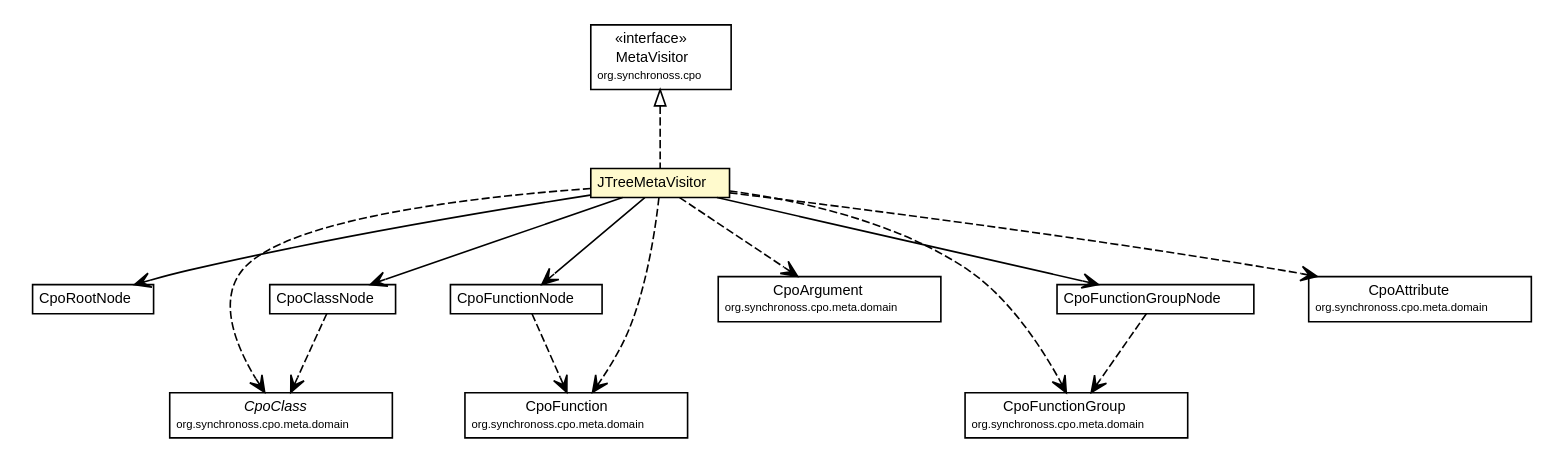
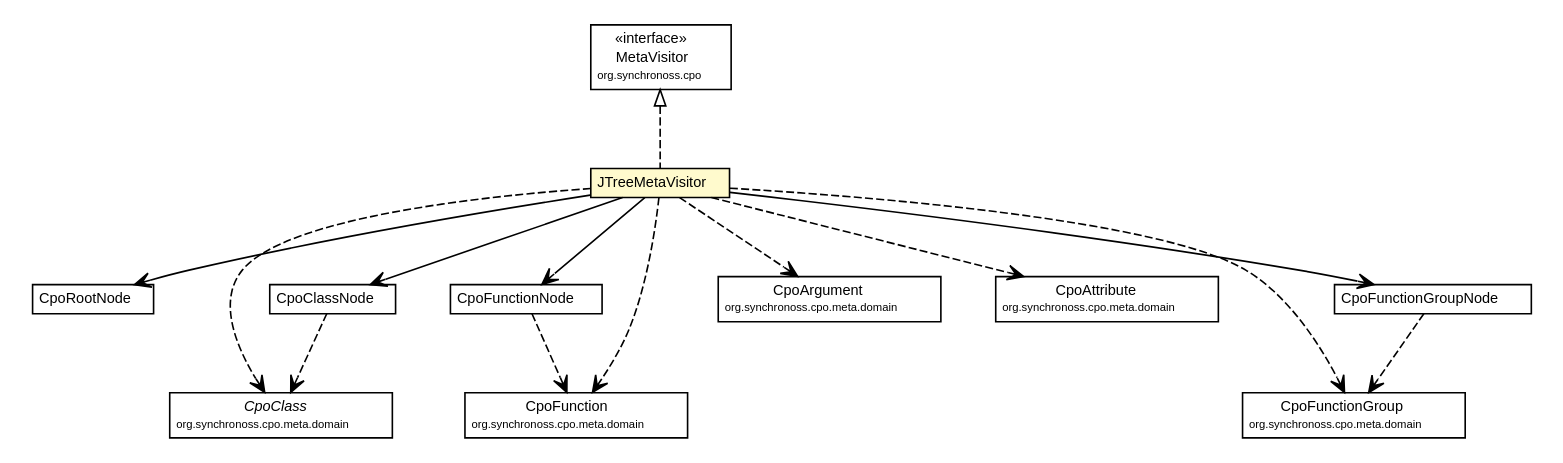
Before and after one commit to synchronoss/cpo-util: the diagram in site/apidocs/org/synchronoss/cpo/util/JTreeMetaVisitor.dot, drawn with Graphviz. The commit also changed 301 other files, not shown here.

Commit message:
Creating site for cpoUtil, 5.1.1-SNAPSHOT

```diff
--- a/site/apidocs/org/synchronoss/cpo/util/JTreeMetaVisitor.dot
+++ b/site/apidocs/org/synchronoss/cpo/util/JTreeMetaVisitor.dot
@@ -1,109 +1,109 @@
 #!/usr/local/bin/dot
 #
 # Class diagram 
 # Generated by UmlGraph version 4.6 (http://www.spinellis.gr/sw/umlgraph)
 #
 
 digraph G {
 	edge [fontname="Helvetica",fontsize=10,labelfontname="Helvetica",labelfontsize=10];
 	node [fontname="Helvetica",fontsize=10,shape=plaintext];
 	// org.synchronoss.cpo.util.JTreeMetaVisitor
 	c1707 [label=<<table border="0" cellborder="1" cellspacing="0" cellpadding="2" port="p" bgcolor="lemonChiffon" href="./JTreeMetaVisitor.html">
 		<tr><td><table border="0" cellspacing="0" cellpadding="1">
 			<tr><td> JTreeMetaVisitor </td></tr>
 		</table></td></tr>
 		</table>>, fontname="Helvetica", fontcolor="black", fontsize=9.0];
 	// org.synchronoss.cpo.util.CpoRootNode
 	c1715 [label=<<table border="0" cellborder="1" cellspacing="0" cellpadding="2" port="p" href="./CpoRootNode.html">
 		<tr><td><table border="0" cellspacing="0" cellpadding="1">
 			<tr><td> CpoRootNode </td></tr>
 		</table></td></tr>
 		</table>>, fontname="Helvetica", fontcolor="black", fontsize=9.0];
 	// org.synchronoss.cpo.util.CpoFunctionNode
 	c1721 [label=<<table border="0" cellborder="1" cellspacing="0" cellpadding="2" port="p" href="./CpoFunctionNode.html">
 		<tr><td><table border="0" cellspacing="0" cellpadding="1">
 			<tr><td> CpoFunctionNode </td></tr>
 		</table></td></tr>
 		</table>>, fontname="Helvetica", fontcolor="black", fontsize=9.0];
 	// org.synchronoss.cpo.util.CpoClassNode
 	c1723 [label=<<table border="0" cellborder="1" cellspacing="0" cellpadding="2" port="p" href="./CpoClassNode.html">
 		<tr><td><table border="0" cellspacing="0" cellpadding="1">
 			<tr><td> CpoClassNode </td></tr>
 		</table></td></tr>
 		</table>>, fontname="Helvetica", fontcolor="black", fontsize=9.0];
 	// org.synchronoss.cpo.util.CpoFunctionGroupNode
 	c1728 [label=<<table border="0" cellborder="1" cellspacing="0" cellpadding="2" port="p" href="./CpoFunctionGroupNode.html">
 		<tr><td><table border="0" cellspacing="0" cellpadding="1">
 			<tr><td> CpoFunctionGroupNode </td></tr>
 		</table></td></tr>
 		</table>>, fontname="Helvetica", fontcolor="black", fontsize=9.0];
 	//org.synchronoss.cpo.util.JTreeMetaVisitor implements org.synchronoss.cpo.MetaVisitor
 	c1764:p -> c1707:p [dir=back,arrowtail=empty,style=dashed];
 	// org.synchronoss.cpo.util.JTreeMetaVisitor NAVASSOC org.synchronoss.cpo.util.CpoRootNode
 	c1707:p -> c1715:p [taillabel="", label="", headlabel="", fontname="Helvetica", fontcolor="black", fontsize=10.0, color="black", arrowhead=open];
 	// org.synchronoss.cpo.util.JTreeMetaVisitor NAVASSOC org.synchronoss.cpo.util.CpoClassNode
 	c1707:p -> c1723:p [taillabel="", label="", headlabel="", fontname="Helvetica", fontcolor="black", fontsize=10.0, color="black", arrowhead=open];
 	// org.synchronoss.cpo.util.JTreeMetaVisitor NAVASSOC org.synchronoss.cpo.util.CpoFunctionGroupNode
 	c1707:p -> c1728:p [taillabel="", label="", headlabel="", fontname="Helvetica", fontcolor="black", fontsize=10.0, color="black", arrowhead=open];
 	// org.synchronoss.cpo.util.JTreeMetaVisitor NAVASSOC org.synchronoss.cpo.util.CpoFunctionNode
 	c1707:p -> c1721:p [taillabel="", label="", headlabel="", fontname="Helvetica", fontcolor="black", fontsize=10.0, color="black", arrowhead=open];
 	// org.synchronoss.cpo.util.JTreeMetaVisitor DEPEND org.synchronoss.cpo.meta.domain.CpoClass
 	c1707:p -> c1765:p [taillabel="", label="", headlabel="", fontname="Helvetica", fontcolor="black", fontsize=10.0, color="black", arrowhead=open, style=dashed];
 	// org.synchronoss.cpo.util.JTreeMetaVisitor DEPEND org.synchronoss.cpo.meta.domain.CpoArgument
 	c1707:p -> c1766:p [taillabel="", label="", headlabel="", fontname="Helvetica", fontcolor="black", fontsize=10.0, color="black", arrowhead=open, style=dashed];
+	// org.synchronoss.cpo.util.JTreeMetaVisitor DEPEND org.synchronoss.cpo.meta.domain.CpoAttribute
+	c1707:p -> c1767:p [taillabel="", label="", headlabel="", fontname="Helvetica", fontcolor="black", fontsize=10.0, color="black", arrowhead=open, style=dashed];
 	// org.synchronoss.cpo.util.JTreeMetaVisitor DEPEND org.synchronoss.cpo.meta.domain.CpoFunction
-	c1707:p -> c1767:p [taillabel="", label="", headlabel="", fontname="Helvetica", fontcolor="black", fontsize=10.0, color="black", arrowhead=open, style=dashed];
+	c1707:p -> c1768:p [taillabel="", label="", headlabel="", fontname="Helvetica", fontcolor="black", fontsize=10.0, color="black", arrowhead=open, style=dashed];
 	// org.synchronoss.cpo.util.JTreeMetaVisitor DEPEND org.synchronoss.cpo.meta.domain.CpoFunctionGroup
-	c1707:p -> c1769:p [taillabel="", label="", headlabel="", fontname="Helvetica", fontcolor="black", fontsize=10.0, color="black", arrowhead=open, style=dashed];
-	// org.synchronoss.cpo.util.JTreeMetaVisitor DEPEND org.synchronoss.cpo.meta.domain.CpoAttribute
 	c1707:p -> c1770:p [taillabel="", label="", headlabel="", fontname="Helvetica", fontcolor="black", fontsize=10.0, color="black", arrowhead=open, style=dashed];
 	// org.synchronoss.cpo.util.CpoFunctionNode DEPEND org.synchronoss.cpo.meta.domain.CpoFunction
-	c1721:p -> c1767:p [taillabel="", label="", headlabel="", fontname="Helvetica", fontcolor="black", fontsize=10.0, color="black", arrowhead=open, style=dashed];
+	c1721:p -> c1768:p [taillabel="", label="", headlabel="", fontname="Helvetica", fontcolor="black", fontsize=10.0, color="black", arrowhead=open, style=dashed];
 	// org.synchronoss.cpo.util.CpoClassNode DEPEND org.synchronoss.cpo.meta.domain.CpoClass
 	c1723:p -> c1765:p [taillabel="", label="", headlabel="", fontname="Helvetica", fontcolor="black", fontsize=10.0, color="black", arrowhead=open, style=dashed];
 	// org.synchronoss.cpo.util.CpoFunctionGroupNode DEPEND org.synchronoss.cpo.meta.domain.CpoFunctionGroup
-	c1728:p -> c1769:p [taillabel="", label="", headlabel="", fontname="Helvetica", fontcolor="black", fontsize=10.0, color="black", arrowhead=open, style=dashed];
+	c1728:p -> c1770:p [taillabel="", label="", headlabel="", fontname="Helvetica", fontcolor="black", fontsize=10.0, color="black", arrowhead=open, style=dashed];
 	// org.synchronoss.cpo.meta.domain.CpoClass
 	c1765 [label=<<table border="0" cellborder="1" cellspacing="0" cellpadding="2" port="p" href="http://java.sun.com/j2se/1.4.2/docs/api/org/synchronoss/cpo/meta/domain/CpoClass.html">
 		<tr><td><table border="0" cellspacing="0" cellpadding="1">
 			<tr><td><font face="Helvetica-Oblique"> CpoClass </font></td></tr>
 			<tr><td><font point-size="7.0"> org.synchronoss.cpo.meta.domain </font></td></tr>
 		</table></td></tr>
 		</table>>, fontname="Helvetica", fontcolor="black", fontsize=9.0];
 	// org.synchronoss.cpo.meta.domain.CpoArgument
 	c1766 [label=<<table border="0" cellborder="1" cellspacing="0" cellpadding="2" port="p" href="http://java.sun.com/j2se/1.4.2/docs/api/org/synchronoss/cpo/meta/domain/CpoArgument.html">
 		<tr><td><table border="0" cellspacing="0" cellpadding="1">
 			<tr><td> CpoArgument </td></tr>
 			<tr><td><font point-size="7.0"> org.synchronoss.cpo.meta.domain </font></td></tr>
 		</table></td></tr>
 		</table>>, fontname="Helvetica", fontcolor="black", fontsize=9.0];
 	// org.synchronoss.cpo.meta.domain.CpoAttribute
-	c1770 [label=<<table border="0" cellborder="1" cellspacing="0" cellpadding="2" port="p" href="http://java.sun.com/j2se/1.4.2/docs/api/org/synchronoss/cpo/meta/domain/CpoAttribute.html">
+	c1767 [label=<<table border="0" cellborder="1" cellspacing="0" cellpadding="2" port="p" href="http://java.sun.com/j2se/1.4.2/docs/api/org/synchronoss/cpo/meta/domain/CpoAttribute.html">
 		<tr><td><table border="0" cellspacing="0" cellpadding="1">
 			<tr><td> CpoAttribute </td></tr>
 			<tr><td><font point-size="7.0"> org.synchronoss.cpo.meta.domain </font></td></tr>
 		</table></td></tr>
 		</table>>, fontname="Helvetica", fontcolor="black", fontsize=9.0];
 	// org.synchronoss.cpo.meta.domain.CpoFunction
-	c1767 [label=<<table border="0" cellborder="1" cellspacing="0" cellpadding="2" port="p" href="http://java.sun.com/j2se/1.4.2/docs/api/org/synchronoss/cpo/meta/domain/CpoFunction.html">
+	c1768 [label=<<table border="0" cellborder="1" cellspacing="0" cellpadding="2" port="p" href="http://java.sun.com/j2se/1.4.2/docs/api/org/synchronoss/cpo/meta/domain/CpoFunction.html">
 		<tr><td><table border="0" cellspacing="0" cellpadding="1">
 			<tr><td> CpoFunction </td></tr>
 			<tr><td><font point-size="7.0"> org.synchronoss.cpo.meta.domain </font></td></tr>
 		</table></td></tr>
 		</table>>, fontname="Helvetica", fontcolor="black", fontsize=9.0];
 	// org.synchronoss.cpo.meta.domain.CpoFunctionGroup
-	c1769 [label=<<table border="0" cellborder="1" cellspacing="0" cellpadding="2" port="p" href="http://java.sun.com/j2se/1.4.2/docs/api/org/synchronoss/cpo/meta/domain/CpoFunctionGroup.html">
+	c1770 [label=<<table border="0" cellborder="1" cellspacing="0" cellpadding="2" port="p" href="http://java.sun.com/j2se/1.4.2/docs/api/org/synchronoss/cpo/meta/domain/CpoFunctionGroup.html">
 		<tr><td><table border="0" cellspacing="0" cellpadding="1">
 			<tr><td> CpoFunctionGroup </td></tr>
 			<tr><td><font point-size="7.0"> org.synchronoss.cpo.meta.domain </font></td></tr>
 		</table></td></tr>
 		</table>>, fontname="Helvetica", fontcolor="black", fontsize=9.0];
 	// org.synchronoss.cpo.MetaVisitor
 	c1764 [label=<<table border="0" cellborder="1" cellspacing="0" cellpadding="2" port="p" href="http://java.sun.com/j2se/1.4.2/docs/api/org/synchronoss/cpo/MetaVisitor.html">
 		<tr><td><table border="0" cellspacing="0" cellpadding="1">
 			<tr><td> &laquo;interface&raquo; </td></tr>
 			<tr><td> MetaVisitor </td></tr>
 			<tr><td><font point-size="7.0"> org.synchronoss.cpo </font></td></tr>
 		</table></td></tr>
 		</table>>, fontname="Helvetica", fontcolor="black", fontsize=9.0];
 }
```
